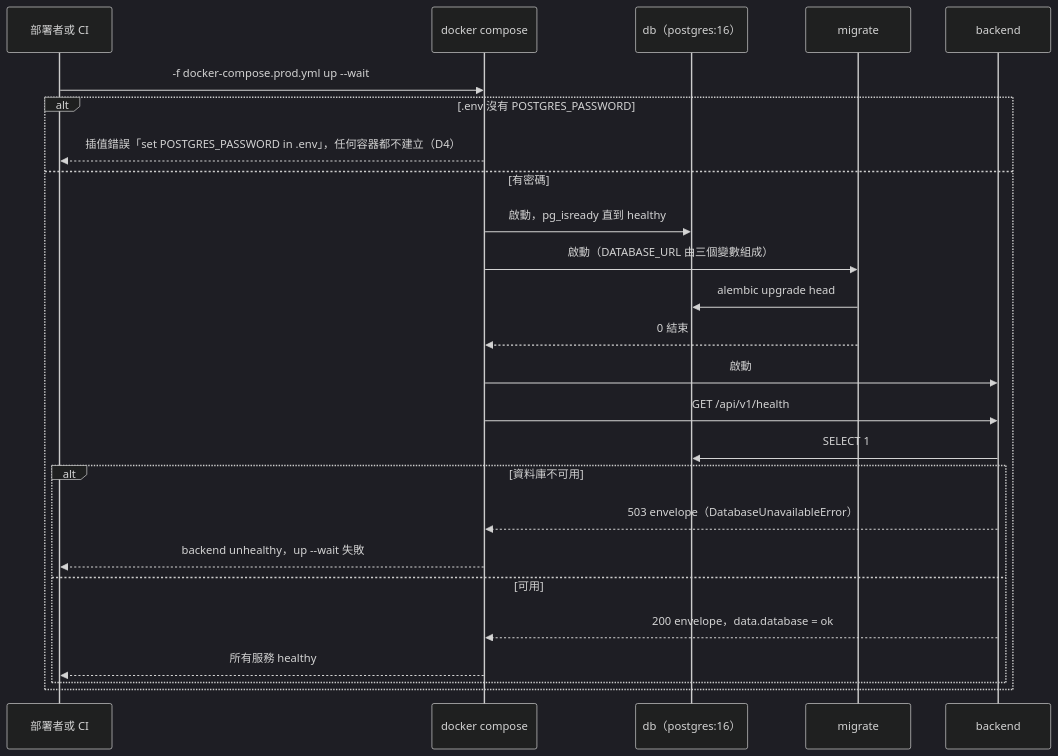
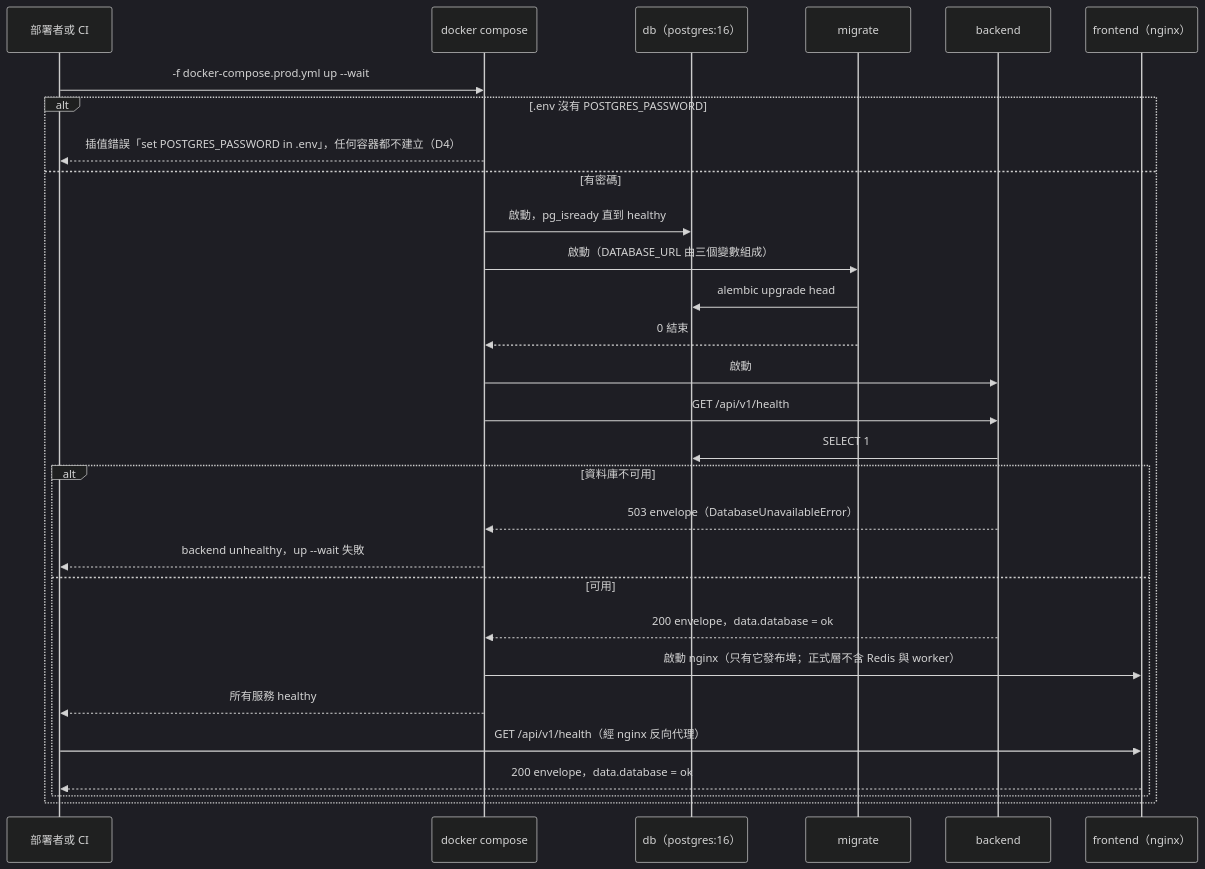
Before and after one commit to label-suite/label-suite: the fourth of 13 diagrams in openspec/changes/infra-compose-e2e-ci/system-design.md, drawn with Mermaid (dark theme). The commit also changed other lines of this file, not shown here.

````diff
--- a/openspec/changes/infra-compose-e2e-ci/system-design.md
+++ b/openspec/changes/infra-compose-e2e-ci/system-design.md
@@ -342,27 +345,31 @@
 ```mermaid
 sequenceDiagram
   participant Dev as 部署者或 CI
   participant Compose as docker compose
   participant DB as db（postgres:16）
   participant MG as migrate
   participant BE as backend
+  participant FE as frontend（nginx）
   Dev->>Compose: -f docker-compose.prod.yml up --wait
   alt .env 沒有 POSTGRES_PASSWORD
     Compose-->>Dev: 插值錯誤「set POSTGRES_PASSWORD in .env」，任何容器都不建立（D4）
   else 有密碼
     Compose->>DB: 啟動，pg_isready 直到 healthy
     Compose->>MG: 啟動（DATABASE_URL 由三個變數組成）
     MG->>DB: alembic upgrade head
     MG-->>Compose: 0 結束
     Compose->>BE: 啟動
     Compose->>BE: GET /api/v1/health
     BE->>DB: SELECT 1
     alt 資料庫不可用
       BE-->>Compose: 503 envelope（DatabaseUnavailableError）
       Compose-->>Dev: backend unhealthy，up --wait 失敗
     else 可用
       BE-->>Compose: 200 envelope，data.database = ok
+      Compose->>FE: 啟動 nginx（只有它發布埠；正式層不含 Redis 與 worker）
       Compose-->>Dev: 所有服務 healthy
+      Dev->>FE: GET /api/v1/health（經 nginx 反向代理）
+      FE-->>Dev: 200 envelope，data.database = ok
     end
   end
 ```
````
